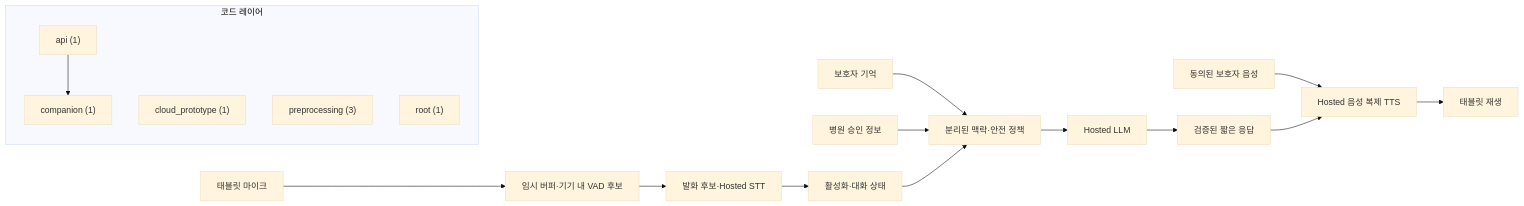
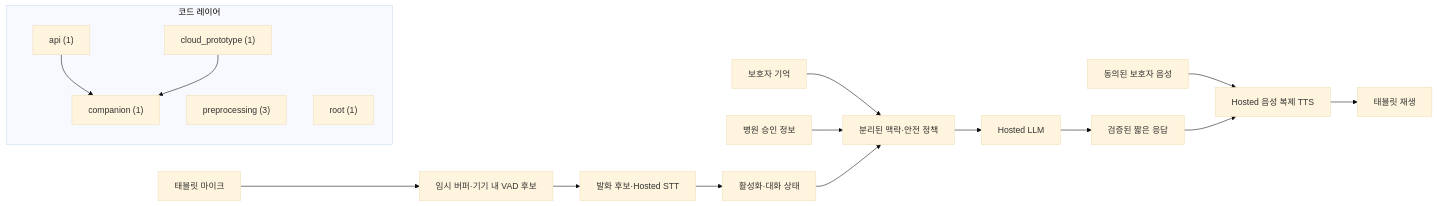
One commit to GracieRho/KoF5-TTS-delirium changed the diagram in architecture/generated/project-map.md. Above: the diagram before and after it, drawn with Mermaid (base theme). The commit also changed other lines of this file and 4 other files, not shown here.

````diff
--- a/architecture/generated/project-map.md
+++ b/architecture/generated/project-map.md
@@ -5,23 +5,24 @@
 ```mermaid
 flowchart LR
   mic["태블릿 마이크"] --> vad["임시 버퍼·기기 내 VAD 후보"]
   vad --> stt["발화 후보·Hosted STT"]
   stt --> activation["활성화·대화 상태"]
   family["보호자 기억"] --> context["분리된 맥락·안전 정책"]
   hospital["병원 승인 정보"] --> context
   activation --> context
   context --> llm["Hosted LLM"]
   llm --> response["검증된 짧은 응답"]
   guardian["동의된 보호자 음성"] --> voice["Hosted 음성 복제 TTS"]
   response --> voice
   voice --> tablet["태블릿 재생"]
 
   subgraph code["코드 레이어"]
     layer_api["api (1)"]
     layer_cloud_prototype["cloud_prototype (1)"]
     layer_companion["companion (1)"]
     layer_preprocessing["preprocessing (3)"]
     layer_root["root (1)"]
     layer_api --> layer_companion
+    layer_cloud_prototype --> layer_companion
   end
 ```
````
